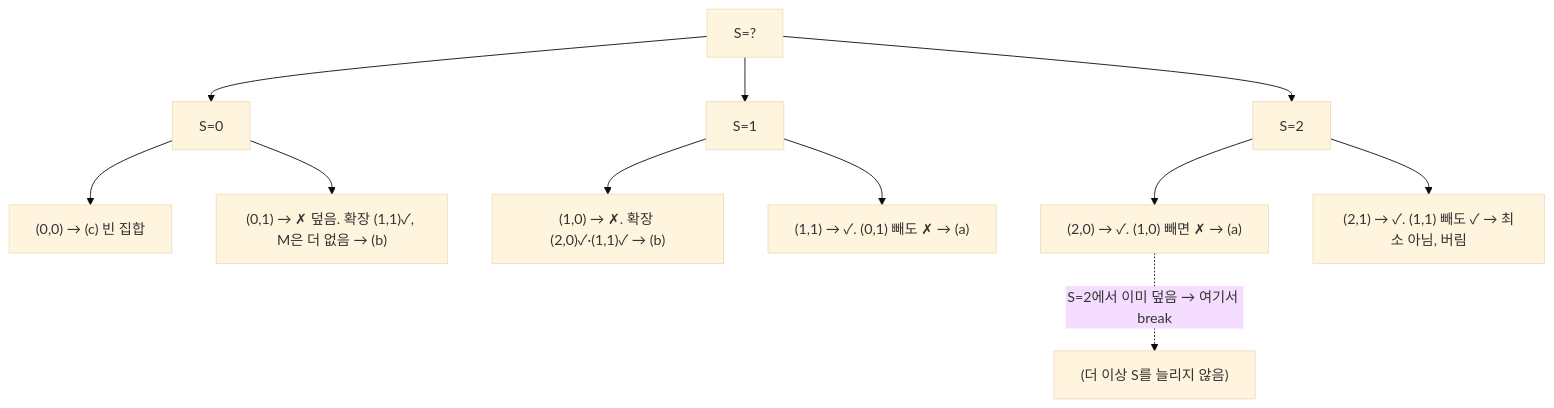
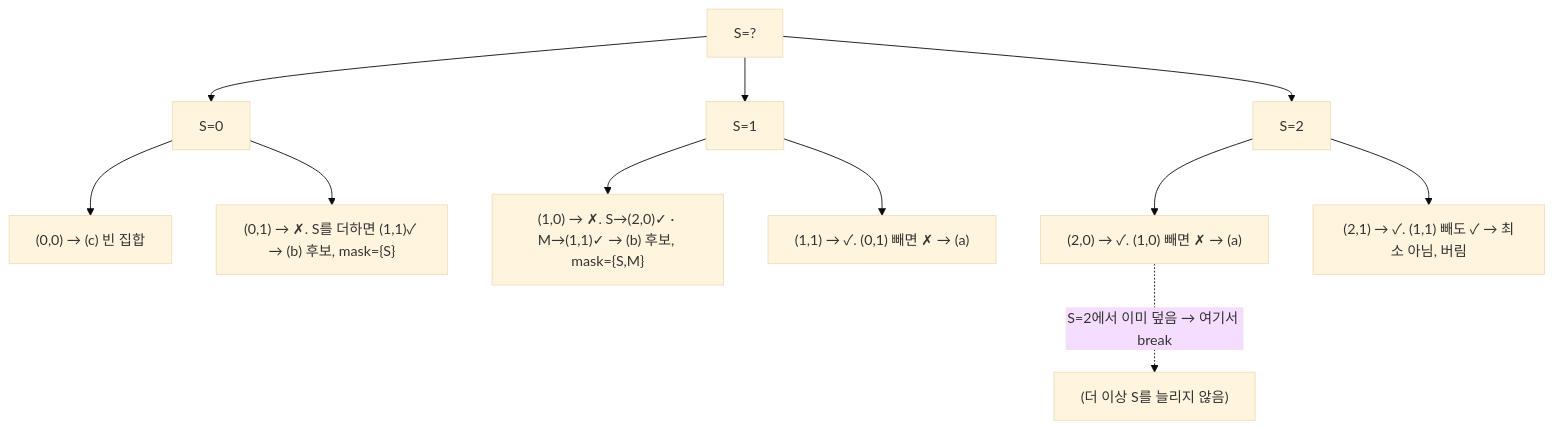
The second of 3 diagrams in docs/notes/zone-quota-allocation-dp.md (drimdrim2002/ro-next), drawn with Mermaid (base theme) before and after one commit. The commit also changed other lines of this file and 2 other files, not shown here.

````diff
--- a/docs/notes/zone-quota-allocation-dp.md
+++ b/docs/notes/zone-quota-allocation-dp.md
@@ -247,13 +276,13 @@
 ```mermaid
 flowchart TD
     root["S=?"] --> s0["S=0"]
     root --> s1["S=1"]
     root --> s2["S=2"]
     s0 --> s00["(0,0) → (c) 빈 집합"]
-    s0 --> s01["(0,1) → ✗ 덮음. 확장 (1,1)✓, M은 더 없음 → (b)"]
-    s1 --> s10["(1,0) → ✗. 확장 (2,0)✓·(1,1)✓ → (b)"]
-    s1 --> s11["(1,1) → ✓. (0,1) 빼도 ✗ → (a)"]
+    s0 --> s01["(0,1) → ✗. S를 더하면 (1,1)✓ → (b) 후보, mask={S}"]
+    s1 --> s10["(1,0) → ✗. S→(2,0)✓ · M→(1,1)✓ → (b) 후보, mask={S,M}"]
+    s1 --> s11["(1,1) → ✓. (0,1) 빼면 ✗ → (a)"]
     s2 --> s20["(2,0) → ✓. (1,0) 빼면 ✗ → (a)"]
     s2 --> s21["(2,1) → ✓. (1,1) 빼도 ✓ → 최소 아님, 버림"]
     s20 -. "S=2에서 이미 덮음 → 여기서 break" .-> halt["(더 이상 S를 늘리지 않음)"]
 ```
````
